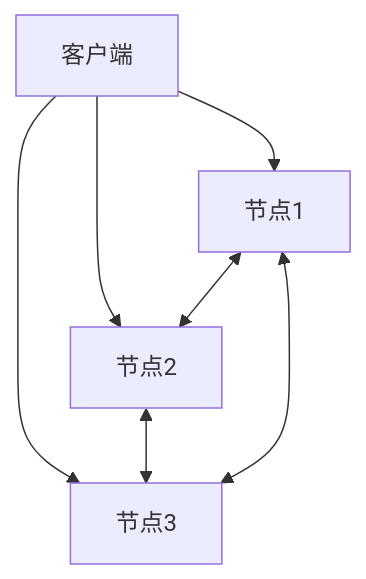
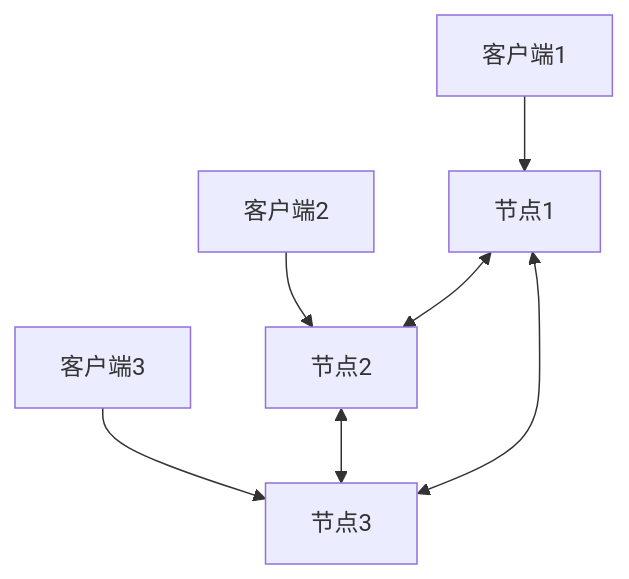
One commit to AdaMartin18010/Data-Science changed the first of 6 diagrams in Analysis/1-数据库系统/1.3-NoSQL/1.3.2-系统架构.md. Above: the diagram before and after it, drawn with Mermaid. The commit also changed other lines of this file and 338 other files, not shown here.

````diff
--- a/Analysis/1-数据库系统/1.3-NoSQL/1.3.2-系统架构.md
+++ b/Analysis/1-数据库系统/1.3-NoSQL/1.3.2-系统架构.md
@@ -23,9 +100,9 @@
 ```mermaid
 flowchart TD
-  C1[客户端] --> N1[节点1]
-  C1 --> N2[节点2]
-  C1 --> N3[节点3]
+  C1[客户端1] --> N1[节点1]
+  C2[客户端2] --> N2[节点2]
+  C3[客户端3] --> N3[节点3]
   N1 <--> N2
   N2 <--> N3
   N3 <--> N1
 ```
````
